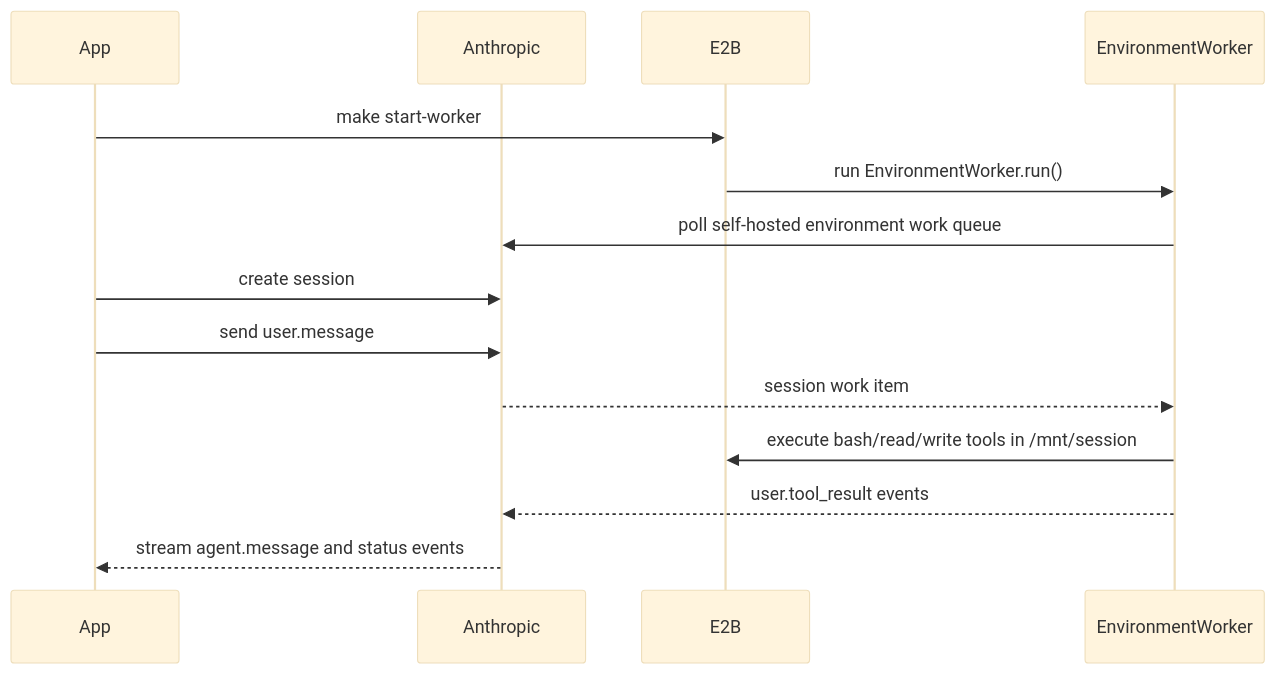
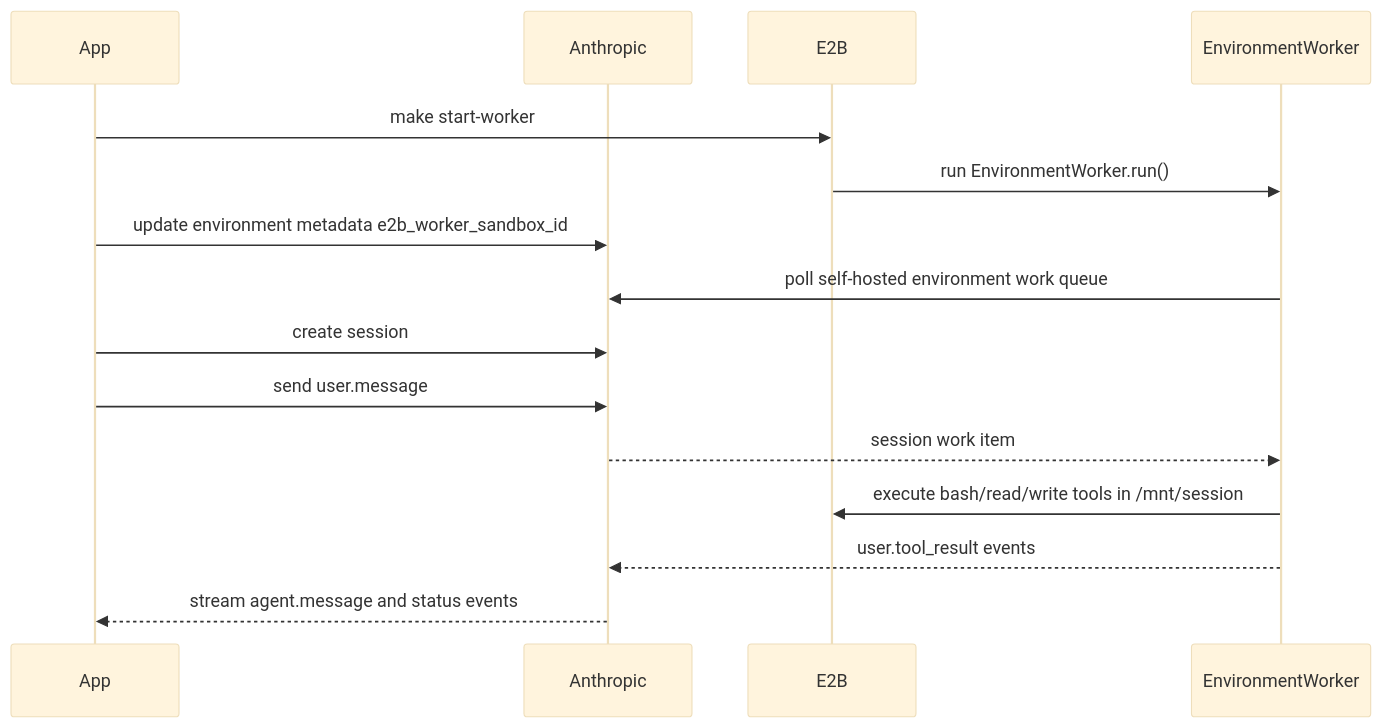
The first of 2 diagrams in examples/anthropic-managed-agents/python/EXAMPLE_USAGE.md (e2b-dev/e2b-cookbook), drawn with Mermaid (base theme) before and after one commit. The commit also changed other lines of this file and 22 other files, not shown here.

````diff
--- a/examples/anthropic-managed-agents/python/EXAMPLE_USAGE.md
+++ b/examples/anthropic-managed-agents/python/EXAMPLE_USAGE.md
@@ -9,17 +9,18 @@
 ```mermaid
 sequenceDiagram
     participant App
     participant Anthropic
     participant E2B
     participant Worker as EnvironmentWorker
 
     App->>E2B: make start-worker
     E2B->>Worker: run EnvironmentWorker.run()
+    App->>Anthropic: update environment metadata e2b_worker_sandbox_id
     Worker->>Anthropic: poll self-hosted environment work queue
     App->>Anthropic: create session
     App->>Anthropic: send user.message
     Anthropic-->>Worker: session work item
     Worker->>E2B: execute bash/read/write tools in /mnt/session
     Worker-->>Anthropic: user.tool_result events
     Anthropic-->>App: stream agent.message and status events
 ```
````
